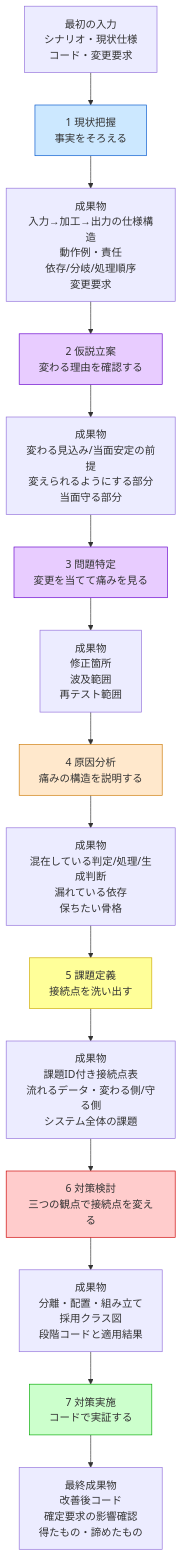
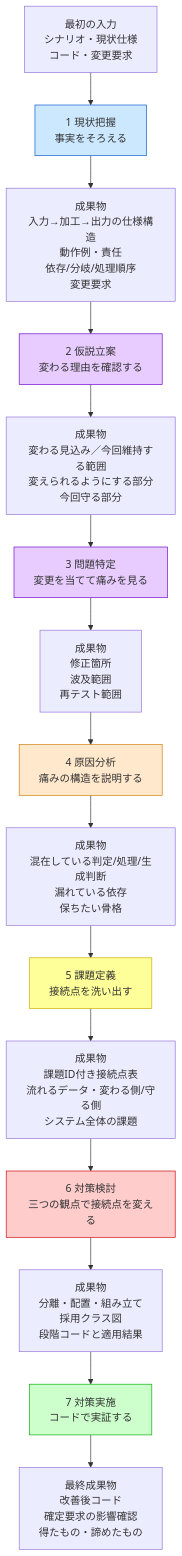
Before and after one commit to kumachan1101-pixel/DesignPattern: the third of 9 diagrams in kindle/design-patterns/output/chapter00_2.md, drawn with Mermaid. The commit also changed other lines of this file and 24 other files, not shown here.

Commit message:
docs: 問題から導く構成とクラス図説明を整合

````diff
--- a/kindle/design-patterns/output/chapter00_2.md
+++ b/kindle/design-patterns/output/chapter00_2.md
@@ -185,41 +183,41 @@
 ```mermaid
 flowchart TB
     I0["最初の入力<br>シナリオ・現状仕様<br>コード・変更要求"]
 
     S1["1 現状把握<br>事実をそろえる"]
     O1["成果物<br>入力→加工→出力の仕様構造<br>動作例・責任<br>依存/分岐/処理順序<br>変更要求"]
 
     S2["2 仮説立案<br>変わる理由を確認する"]
-    O2["成果物<br>変わる見込み/当面安定の前提<br>変えられるようにする部分<br>当面守る部分"]
+    O2["成果物<br>変わる見込み／今回維持する範囲<br>変えられるようにする部分<br>今回守る部分"]
 
     S3["3 問題特定<br>変更を当てて痛みを見る"]
     O3["成果物<br>修正箇所<br>波及範囲<br>再テスト範囲"]
 
     S4["4 原因分析<br>痛みの構造を説明する"]
     O4["成果物<br>混在している判定/処理/生成判断<br>漏れている依存<br>保ちたい骨格"]
 
     S5["5 課題定義<br>接続点を洗い出す"]
     O5["成果物<br>課題ID付き接続点表<br>流れるデータ・変わる側/守る側<br>システム全体の課題"]
 
     S6["6 対策検討<br>三つの観点で接続点を変える"]
     O6["成果物<br>分離・配置・組み立て<br>採用クラス図<br>段階コードと適用結果"]
 
     S7["7 対策実施<br>コードで実証する"]
     O7["最終成果物<br>改善後コード<br>確定要求の影響確認<br>得たもの・諦めたもの"]
 
     I0 --> S1 --> O1
     O1 --> S2 --> O2
     O2 --> S3 --> O3
     O3 --> S4 --> O4
     O4 --> S5 --> O5
     O5 --> S6 --> O6
     O6 --> S7 --> O7
 
     style S1 fill:#cce8ff,stroke:#0055cc
     style S2 fill:#e8ccff,stroke:#6600cc
     style S3 fill:#e8ccff,stroke:#6600cc
     style S4 fill:#ffe8cc,stroke:#cc7700
     style S5 fill:#ffff99,stroke:#ccaa00
     style S6 fill:#ffcccc,stroke:#cc0000
     style S7 fill:#ccffcc,stroke:#00aa00
 ```
````
